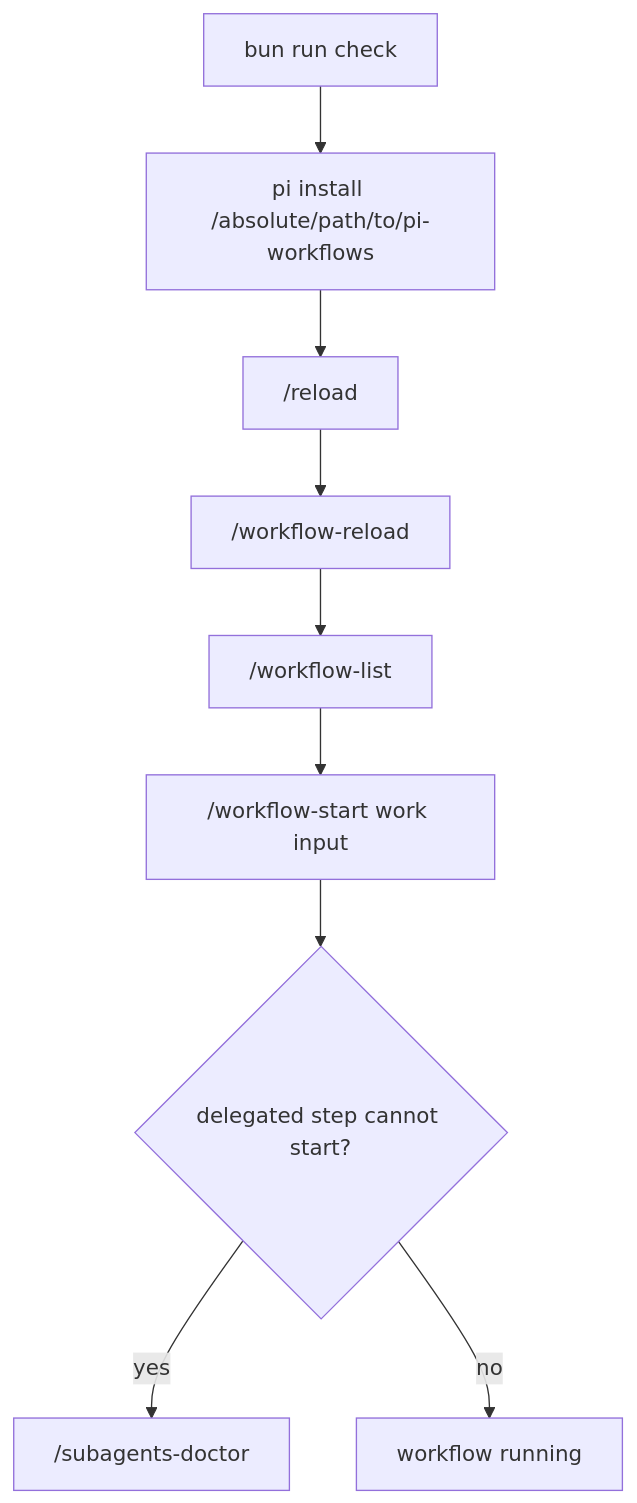
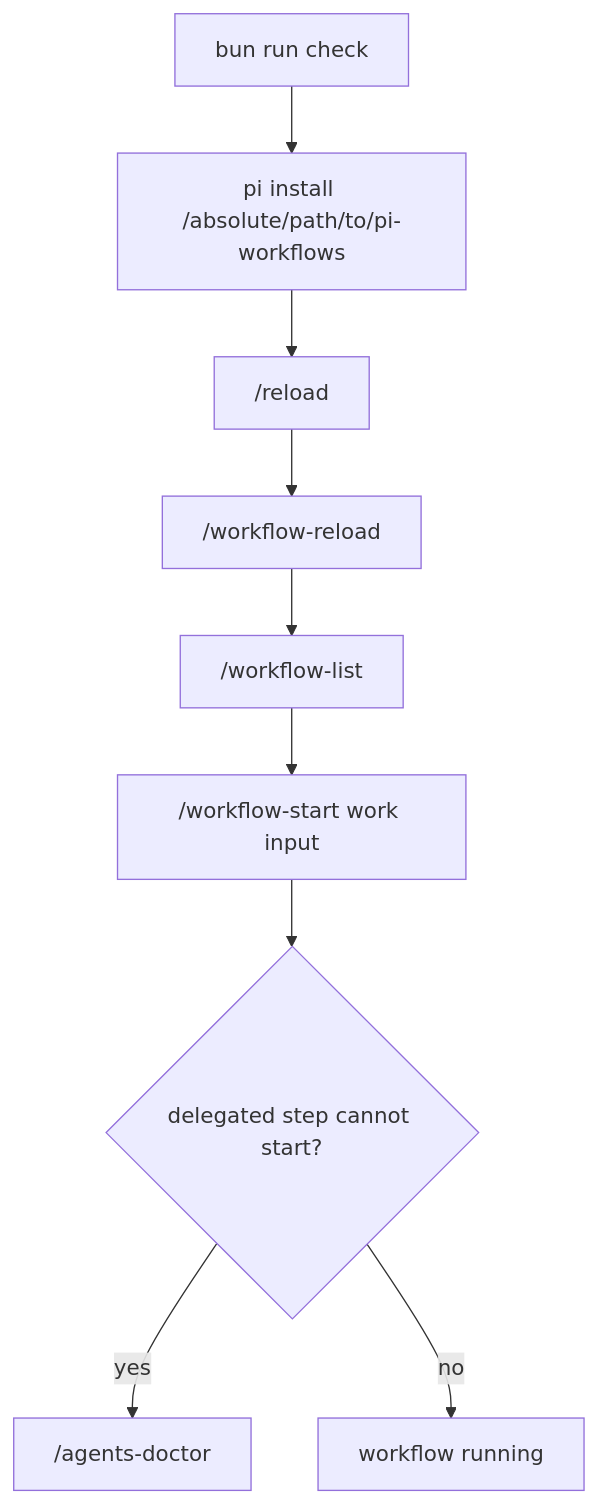
One commit to wichayutdew/pi-workflows changed the fifth of 5 diagrams in openwiki/development/testing.md. Above: the diagram before and after it, drawn with Mermaid. The commit also changed other lines of this file and 66 other files, not shown here.

````diff
--- a/openwiki/development/testing.md
+++ b/openwiki/development/testing.md
@@ -76,11 +76,11 @@
 ```mermaid
 flowchart TD
   Check[bun run check] --> Install[pi install /absolute/path/to/pi-workflows]
   Install --> Reload["/reload"]
   Reload --> WorkflowReload["/workflow-reload"]
   WorkflowReload --> List["/workflow-list"]
   List --> Start["/workflow-start work input"]
   Start --> Doctor{delegated step cannot start?}
-  Doctor -- yes --> SubDoctor["/subagents-doctor"]
+  Doctor -- yes --> SubDoctor["/agents-doctor"]
   Doctor -- no --> Done[workflow running]
 ```
````
